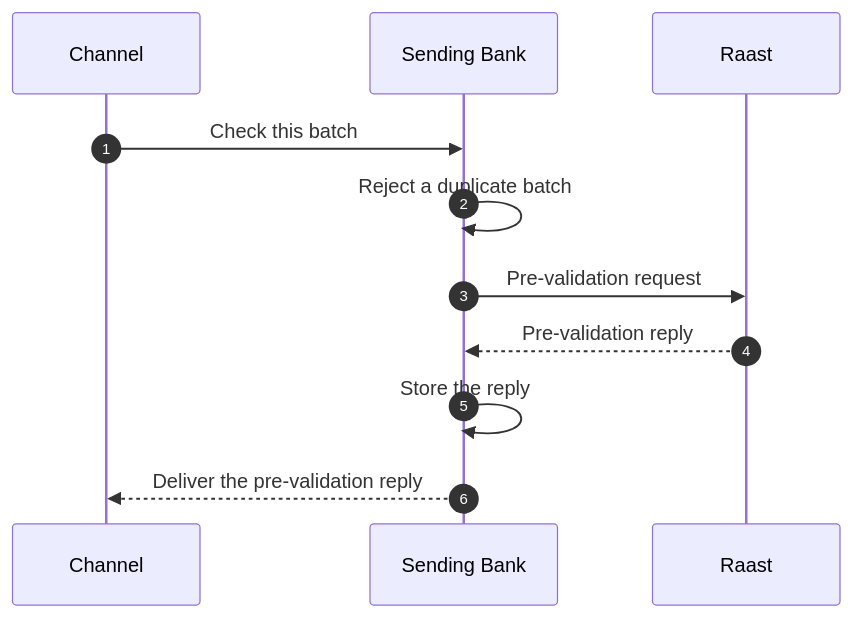
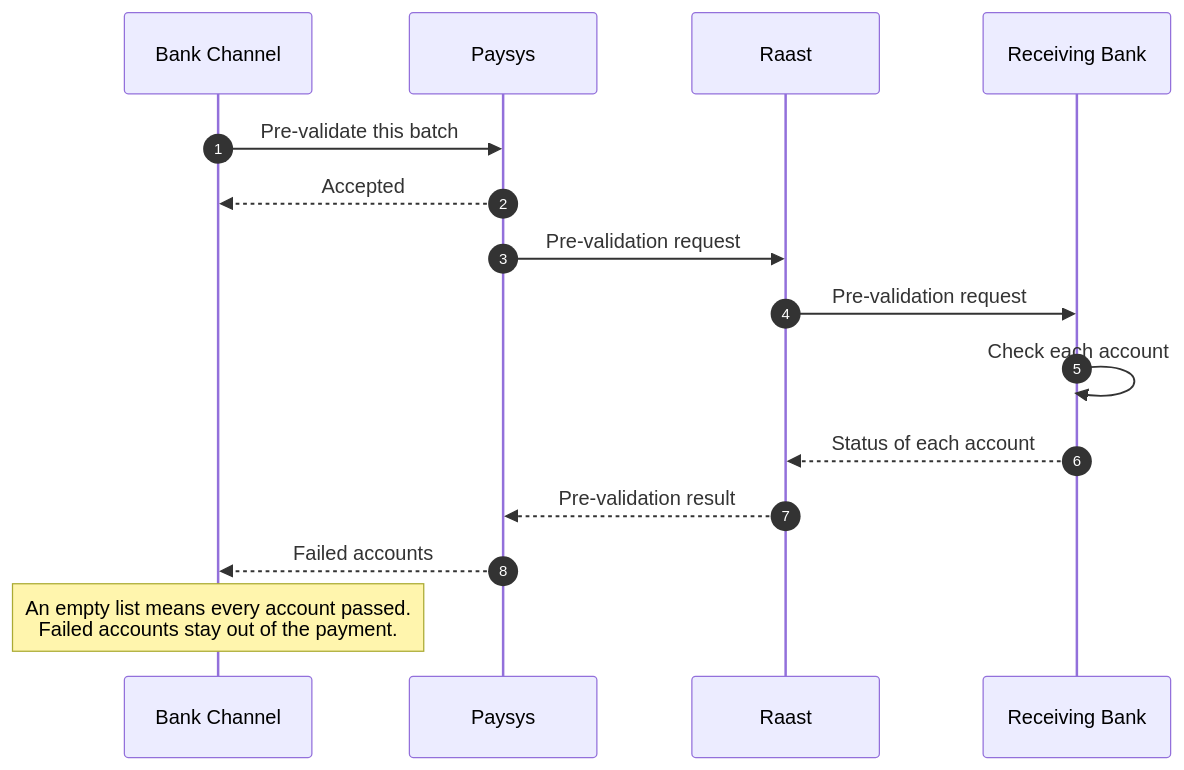
Before and after one commit to HuzaifaTanzeel/raast-training-public: the first of 6 diagrams in modules/05-bulk-payments/05_Raast_Bulk_Sending_Overview.md, drawn with Mermaid. The commit also changed other lines of this file and 2 other files, not shown here.

Commit message:
Align bulk sending with the Paysys path to Raast.

````diff
--- a/modules/05-bulk-payments/05_Raast_Bulk_Sending_Overview.md
+++ b/modules/05-bulk-payments/05_Raast_Bulk_Sending_Overview.md
@@ -38,14 +44,18 @@
 ```mermaid
 sequenceDiagram
     autonumber
-    participant C as Channel
-    participant B as Sending Bank
+    participant C as Bank Channel
+    participant P as Paysys
     participant R as Raast
+    participant BB as Receiving Bank
 
-    C->>B: Check this batch
-    B->>B: Reject a duplicate batch
-    B->>R: Pre-validation request
-    R-->>B: Pre-validation reply
-    B->>B: Store the reply
-    B-->>C: Deliver the pre-validation reply
+    C->>P: Pre-validate this batch
+    P-->>C: Accepted
+    P->>R: Pre-validation request
+    R->>BB: Pre-validation request
+    BB->>BB: Check each account
+    BB-->>R: Status of each account
+    R-->>P: Pre-validation result
+    P-->>C: Failed accounts
+    Note over C: An empty list means every account passed.<br/>Failed accounts stay out of the payment.
 ```
````
